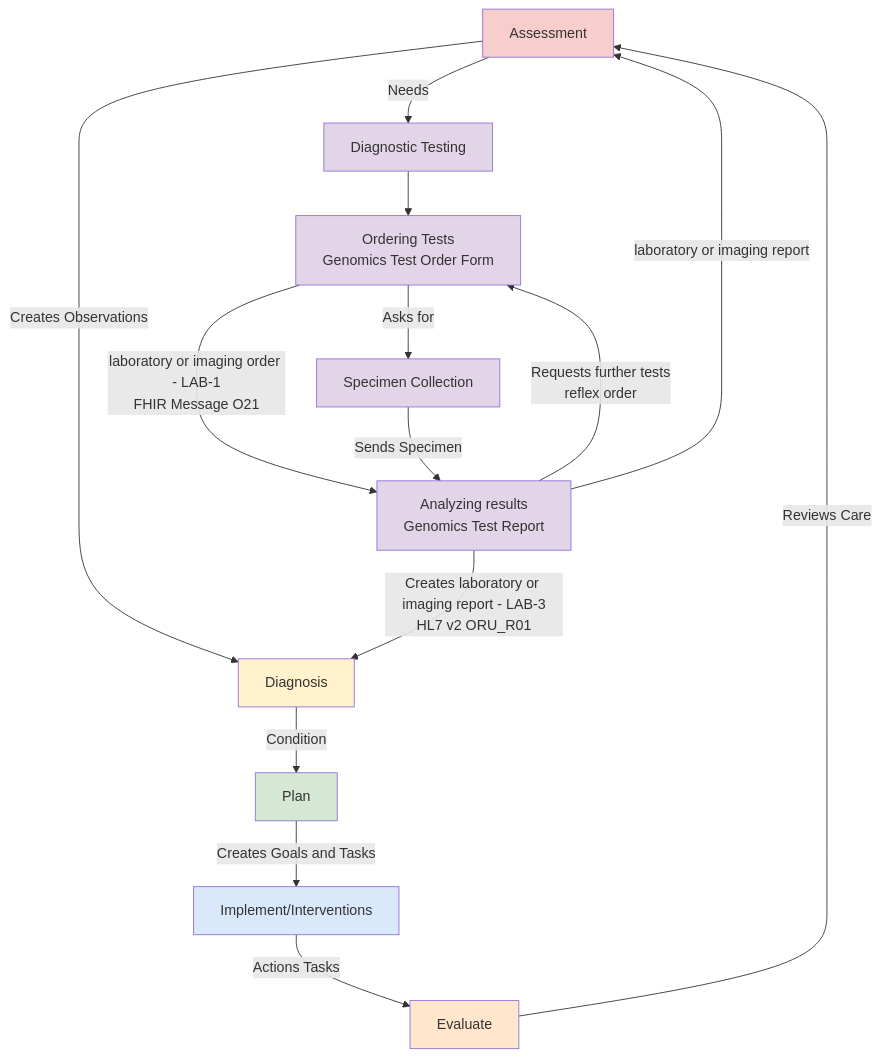
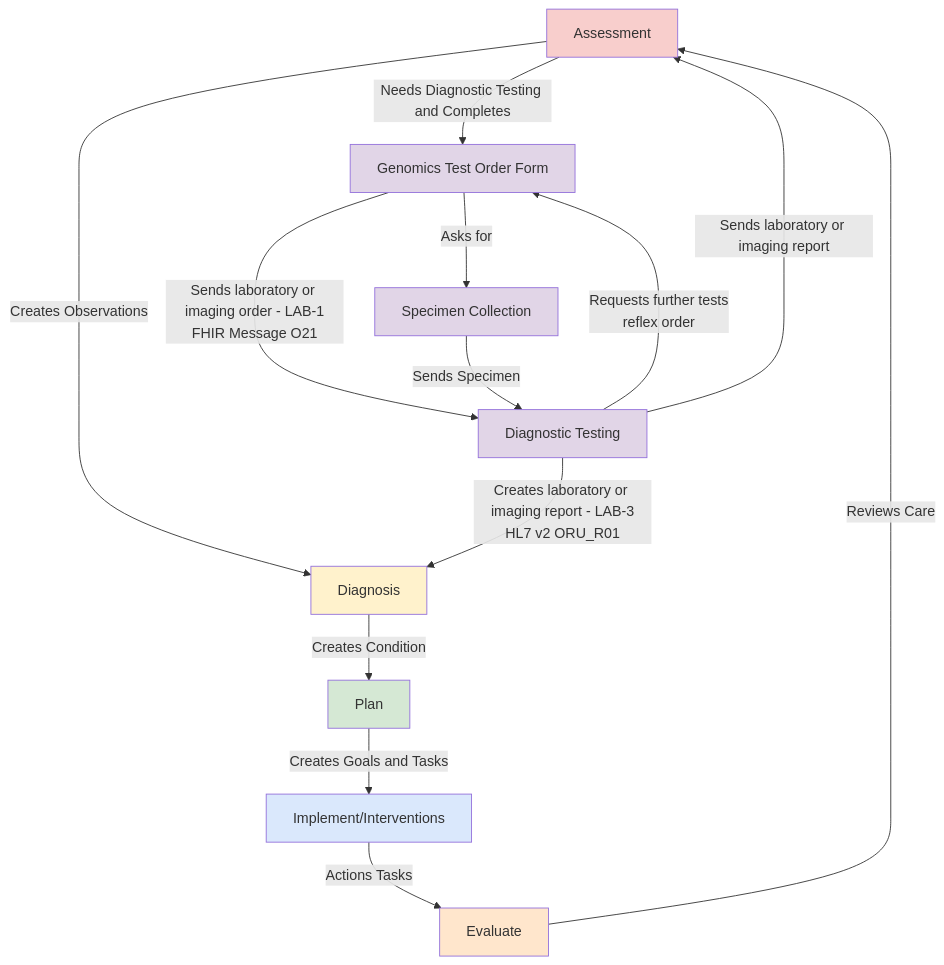
Before and after one commit to uk-gov-mirror/nw-gmsa.nw-gmsa.github.com: the first of 6 diagrams in input/pagecontent/index.md, drawn with Mermaid. The commit also changed other lines of this file, not shown here.

Commit message:
Diagnostic Implication

````diff
--- a/input/pagecontent/index.md
+++ b/input/pagecontent/index.md
@@ -15,37 +15,36 @@
 ```mermaid
 graph TD;
 
     A[Assessment]-->|Creates Observations| B;
-    A--> |Needs| O;
-    B[Diagnosis]-->|Condition| C;
-    O[Diagnostic Testing]--> T;
-    T[Ordering Tests<br/>Genomics Test Order Form]--> |"laboratory or imaging order - LAB-1<br/>FHIR Message O21"| AN;
+    A--> |Needs Diagnostic Testing and Completes| T;
+    B[Diagnosis]-->|Creates Condition| C;
+    T[Genomics Test Order Form]--> |"Sends laboratory or imaging order - LAB-1<br/>FHIR Message O21"| AN;
     T --> |Asks for| S
     S[Specimen Collection] --> |Sends Specimen| AN;
-    AN["Analyzing results<br/>Genomics Test Report"] --> |Requests further tests <br/> reflex order| T;
+    AN["Diagnostic Testing"] --> |Requests further tests <br/> reflex order| T;
     AN --> |"Creates laboratory or imaging report - LAB-3<br/>HL7 v2 ORU_R01"| B;
-    AN --> |laboratory or imaging report| A;
+    AN --> |Sends laboratory or imaging report| A;
     C[Plan]-->|Creates Goals and Tasks| D;
     D[Implement/Interventions]-->|Actions Tasks| E;
     E[Evaluate]--> |Reviews Care| A;
     
     click T Questionnaire-GenomicTestOrder.html
     click AN Questionnaire-GenomicTestReport.html
     click S ExampleScenario-BiopsyProcedure.html
 
     classDef purple fill:#E1D5E7;
 
     classDef yellow fill:#FFF2CC;
     classDef pink fill:#F8CECC
     classDef green fill:#D5E8D4;
     classDef blue fill:#DAE8FC;
     classDef orange fill:#FFE6CC;
 
     class A pink
     class B yellow
     class C green
     class D blue
     class E orange
 
     class O,S,T,AN purple
 ```
````
